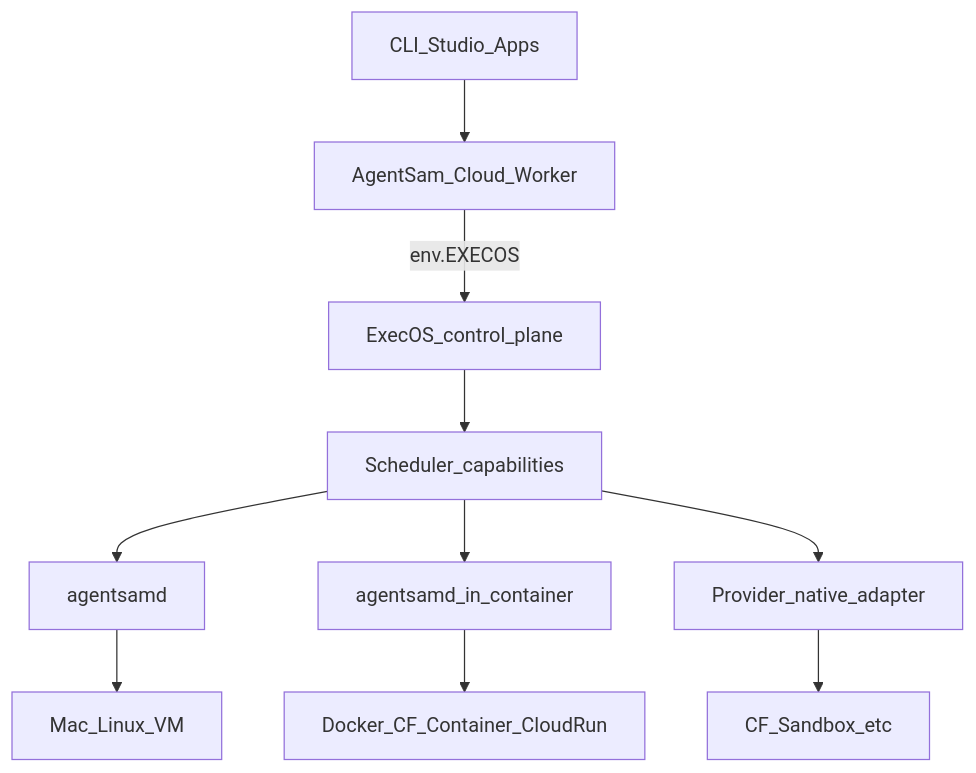
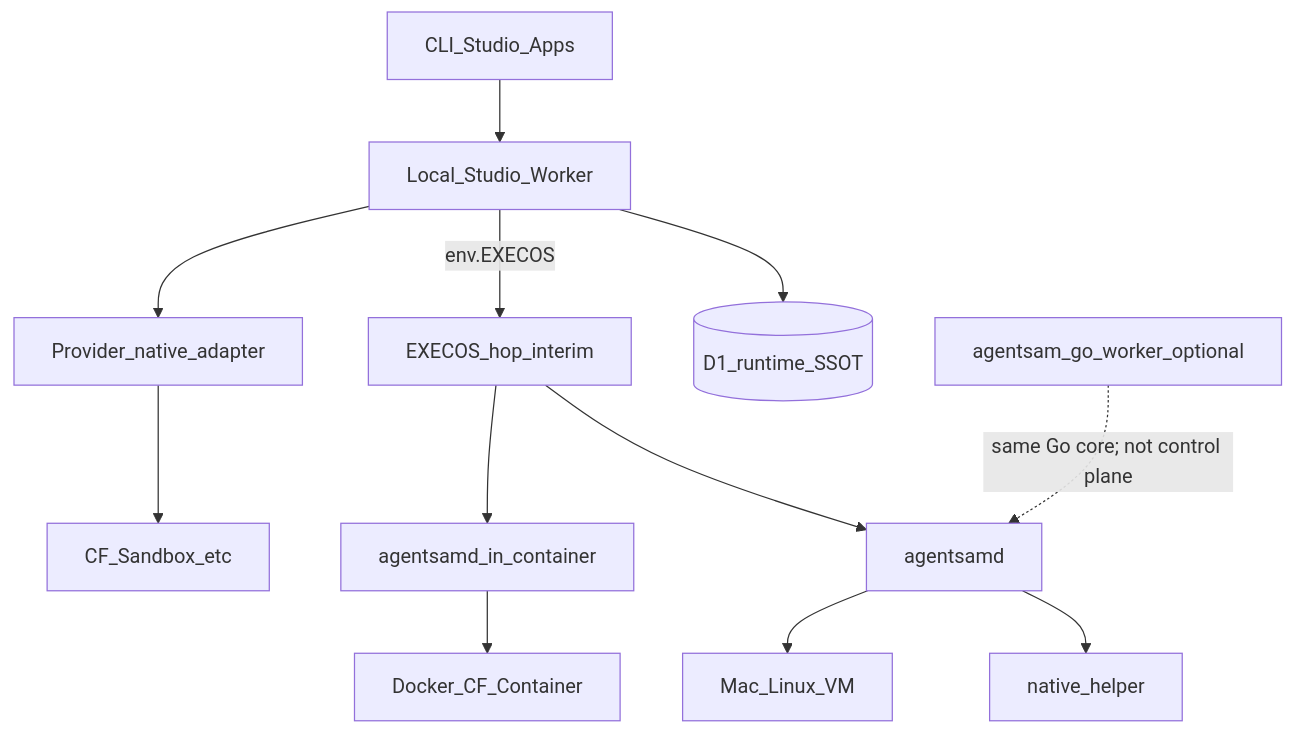
One commit to SamPrimeaux/agentsam-sdk changed the diagram in docs/architecture/AGENTSAM_RUNTIME_PROTOCOL.md. Above: the diagram before and after it, drawn with Mermaid. The commit also changed other lines of this file and 2 other files, not shown here.

First line of the commit message:
Hard-cutover runtime law: native helper in sprint, EXECOS hop, drop execos transport.

````diff
--- a/docs/architecture/AGENTSAM_RUNTIME_PROTOCOL.md
+++ b/docs/architecture/AGENTSAM_RUNTIME_PROTOCOL.md
@@ -41,20 +55,24 @@
 ```mermaid
 flowchart TB
   Users[CLI_Studio_Apps]
-  Worker[AgentSam_Cloud_Worker]
-  ExecOS[ExecOS_control_plane]
-  Sched[Scheduler_capabilities]
+  Studio[Local_Studio_Worker]
+  D1[(D1_runtime_SSOT)]
+  ExecOS[EXECOS_hop_interim]
   Daemon[agentsamd]
+  Helper[native_helper]
   Cont[agentsamd_in_container]
   Adapt[Provider_native_adapter]
+  GoSvc[agentsam_go_worker_optional]
 
-  Users --> Worker
-  Worker -->|"env.EXECOS"| ExecOS
-  ExecOS --> Sched
-  Sched --> Daemon
-  Sched --> Cont
-  Sched --> Adapt
+  Users --> Studio
+  Studio --> D1
+  Studio -->|"env.EXECOS"| ExecOS
+  ExecOS --> Daemon
+  ExecOS --> Cont
+  Studio --> Adapt
+  Daemon --> Helper
   Daemon --> Host[Mac_Linux_VM]
-  Cont --> Img[Docker_CF_Container_CloudRun]
+  Cont --> Img[Docker_CF_Container]
   Adapt --> Sand[CF_Sandbox_etc]
+  GoSvc -.->|"same Go core; not control plane"| Daemon
 ```
````
